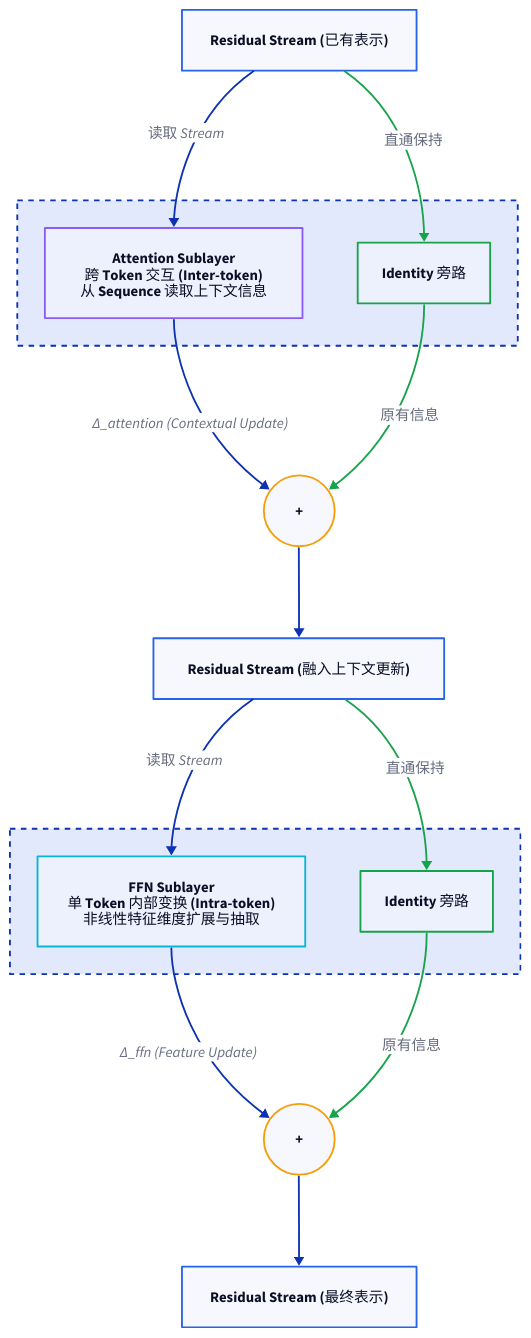
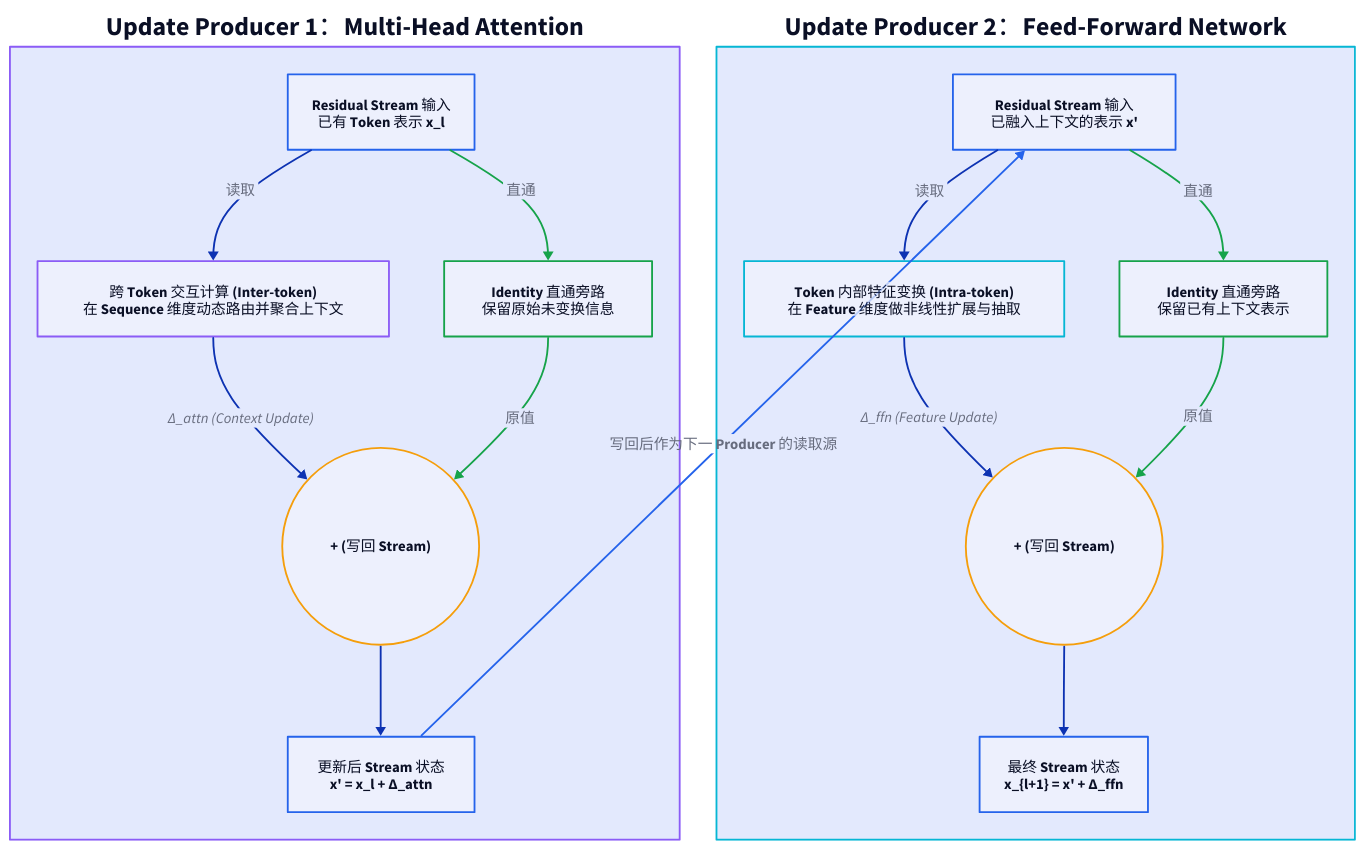
The diagram in images/transformer-block-residual-stream/attention-ffn-update-producers.d2 (111qqz/111qqz.github.io), drawn with D2 before and after one commit. The commit also changed 512 other files, not shown here.

Commit message:
fix(images): 同步概率密度配图精简并更新图片清册 111qqz/hugo-blog@1e605b2ee9908b4a5846f8919189ce75324d62b7

```diff
--- a/images/transformer-block-residual-stream/attention-ffn-update-producers.d2
+++ b/images/transformer-block-residual-stream/attention-ffn-update-producers.d2
@@ -1,81 +1,88 @@
-direction: down
+grid-columns: 2
 
-stream_in: "Residual Stream (已有表示)" {
+prod1: "Update Producer 1：Multi-Head Attention" {
+  style.stroke: "#8b5cf6"
+  style.stroke-width: 2
+  style.bold: true
+
+  stream1: "Residual Stream 输入\n已有 Token 表示 x_l" {
+    style.stroke: "#2563eb"
+    style.bold: true
+  }
+
+  op1: "跨 Token 交互计算 (Inter-token)\n在 Sequence 维度动态路由并聚合上下文" {
+    style.stroke: "#8b5cf6"
+    style.stroke-width: 2
+    style.bold: true
+  }
+
+  id1: "Identity 直通旁路\n保留原始未变换信息" {
+    style.stroke: "#16a34a"
+    style.stroke-width: 2
+  }
+
+  add1: "+ (写回 Stream)" {
+    shape: circle
+    style.stroke: "#f59e0b"
+    style.stroke-width: 2
+    style.bold: true
+  }
+
+  stream_mid: "更新后 Stream 状态\nx' = x_l + Δ_attn" {
+    style.stroke: "#2563eb"
+    style.bold: true
+  }
+
+  stream1 -> op1: "读取"
+  op1 -> add1: "Δ_attn (Context Update)"
+  stream1 -> id1: "直通" {style.stroke: "#16a34a"}
+  id1 -> add1: "原值" {style.stroke: "#16a34a"}
+  add1 -> stream_mid
+}
+
+prod2: "Update Producer 2：Feed-Forward Network" {
+  style.stroke: "#06b6d4"
+  style.stroke-width: 2
+  style.bold: true
+
+  stream2: "Residual Stream 输入\n已融入上下文的表示 x'" {
+    style.stroke: "#2563eb"
+    style.bold: true
+  }
+
+  op2: "Token 内部特征变换 (Intra-token)\n在 Feature 维度做非线性扩展与抽取" {
+    style.stroke: "#06b6d4"
+    style.stroke-width: 2
+    style.bold: true
+  }
+
+  id2: "Identity 直通旁路\n保留已有上下文表示" {
+    style.stroke: "#16a34a"
+    style.stroke-width: 2
+  }
+
+  add2: "+ (写回 Stream)" {
+    shape: circle
+    style.stroke: "#f59e0b"
+    style.stroke-width: 2
+    style.bold: true
+  }
+
+  stream_out: "最终 Stream 状态\nx_{l+1} = x' + Δ_ffn" {
+    style.stroke: "#2563eb"
+    style.stroke-width: 2
+    style.bold: true
+  }
+
+  stream2 -> op2: "读取"
+  op2 -> add2: "Δ_ffn (Feature Update)"
+  stream2 -> id2: "直通" {style.stroke: "#16a34a"}
+  id2 -> add2: "原值" {style.stroke: "#16a34a"}
+  add2 -> stream_out
+}
+
+prod1.stream_mid -> prod2.stream2: "写回后作为下一 Producer 的读取源" {
   style.stroke: "#2563eb"
   style.stroke-width: 2
   style.bold: true
 }
-
-block1: "" {
-  style.stroke-dash: 3
-  
-  attn: "Attention Sublayer\n跨 Token 交互 (Inter-token)\n从 Sequence 读取上下文信息" {
-    style.stroke: "#8b5cf6"
-    style.stroke-width: 2
-  }
-  
-  id1: "Identity 旁路" {
-    style.stroke: "#16a34a"
-    style.stroke-width: 2
-  }
-}
-
-add1: "+" {
-  shape: circle
-  style.stroke: "#f59e0b"
-  style.stroke-width: 2
-}
-
-stream_mid: "Residual Stream (融入上下文更新)" {
-  style.stroke: "#2563eb"
-  style.bold: true
-}
-
-block2: "" {
-  style.stroke-dash: 3
-  
-  ffn: "FFN Sublayer\n单 Token 内部变换 (Intra-token)\n非线性特征维度扩展与抽取" {
-    style.stroke: "#06b6d4"
-    style.stroke-width: 2
-  }
-  
-  id2: "Identity 旁路" {
-    style.stroke: "#16a34a"
-    style.stroke-width: 2
-  }
-}
-
-add2: "+" {
-  shape: circle
-  style.stroke: "#f59e0b"
-  style.stroke-width: 2
-}
-
-stream_out: "Residual Stream (最终表示)" {
-  style.stroke: "#2563eb"
-  style.stroke-width: 2
-  style.bold: true
-}
-
-stream_in -> block1.attn: "读取 Stream"
-stream_in -> block1.id1: "直通保持" {
-  style.stroke: "#16a34a"
-}
-
-block1.attn -> add1: "Δ_attention (Contextual Update)"
-block1.id1 -> add1: "原有信息" {
-  style.stroke: "#16a34a"
-}
-
-add1 -> stream_mid
-stream_mid -> block2.ffn: "读取 Stream"
-stream_mid -> block2.id2: "直通保持" {
-  style.stroke: "#16a34a"
-}
-
-block2.ffn -> add2: "Δ_ffn (Feature Update)"
-block2.id2 -> add2: "原有信息" {
-  style.stroke: "#16a34a"
-}
-
-add2 -> stream_out
```
